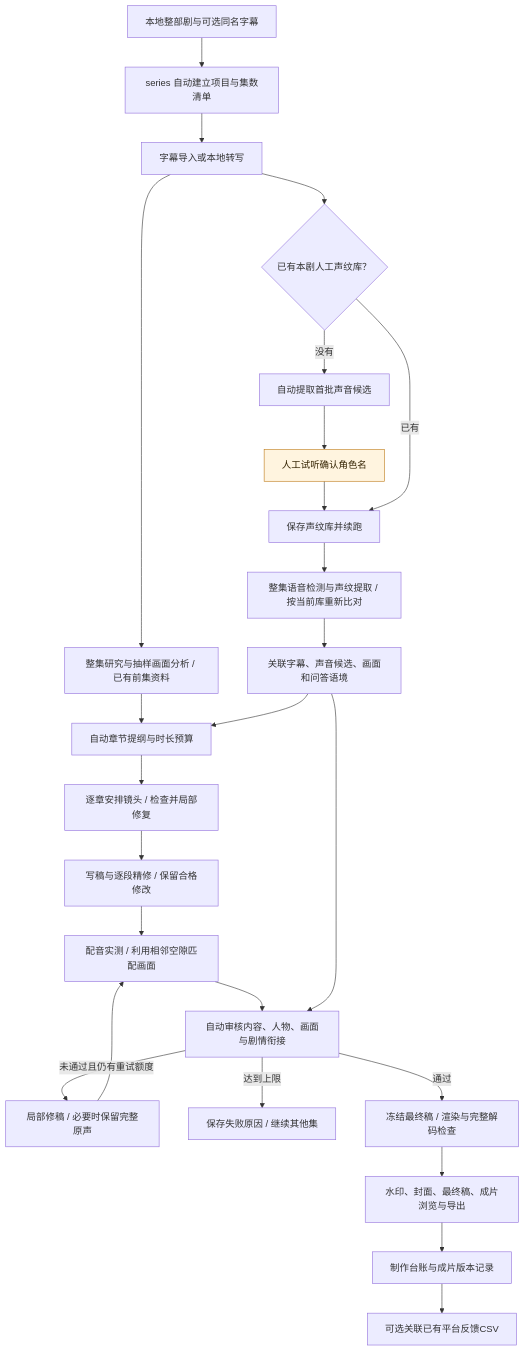
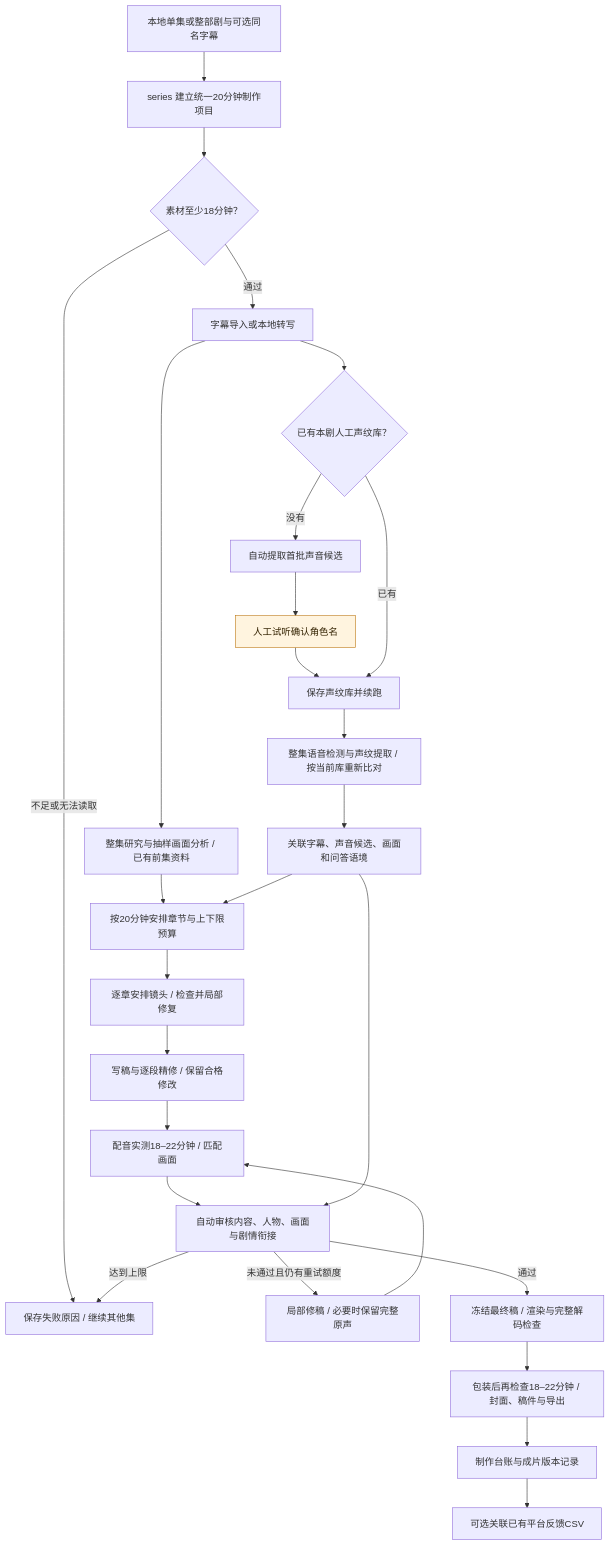
Before and after one commit to redrain-wang/autoclip1: the diagram in README.md, drawn with Mermaid. The commit also changed other lines of this file and 13 other files, not shown here.

````diff
--- a/README.md
+++ b/README.md
@@ -25,29 +27,31 @@
 ```mermaid
 flowchart TD
-    A[本地整部剧与可选同名字幕] --> B[series 自动建立项目与集数清单]
-    B --> C[字幕导入或本地转写]
+    A[本地单集或整部剧与可选同名字幕] --> B[series 建立统一20分钟制作项目]
+    B --> V{素材至少18分钟？}
+    V -->|不足或无法读取| Q[保存失败原因 / 继续其他集]
+    V -->|通过| C[字幕导入或本地转写]
     C --> D{已有本剧人工声纹库？}
     D -->|没有| E[自动提取首批声音候选]
     E --> F[人工试听确认角色名]
     F --> G[保存声纹库并续跑]
     D -->|已有| G
     G --> H[整集语音检测与声纹提取 / 按当前库重新比对]
     H --> I[关联字幕、声音候选、画面和问答语境]
     C --> J[整集研究与抽样画面分析 / 已有前集资料]
-    J --> K[自动章节提纲与时长预算]
+    J --> K[按20分钟安排章节与上下限预算]
     I --> K
     K --> L[逐章安排镜头 / 检查并局部修复]
     L --> M[写稿与逐段精修 / 保留合格修改]
-    M --> N[配音实测 / 利用相邻空隙匹配画面]
+    M --> N[配音实测18–22分钟 / 匹配画面]
     N --> O[自动审核内容、人物、画面与剧情衔接]
     I --> O
     O -->|未通过且仍有重试额度| P[局部修稿 / 必要时保留完整原声]
     P --> N
-    O -->|达到上限| Q[保存失败原因 / 继续其他集]
+    O -->|达到上限| Q
     O -->|通过| R[冻结最终稿 / 渲染与完整解码检查]
-    R --> S[水印、封面、最终稿、成片浏览与导出]
+    R --> S[包装后再检查18–22分钟 / 封面、稿件与导出]
     S --> T[制作台账与成片版本记录]
     T --> U[可选关联已有平台反馈CSV]
     classDef human fill:#fff4df,stroke:#bd7a17,color:#332200
     class F human
 ```
````
